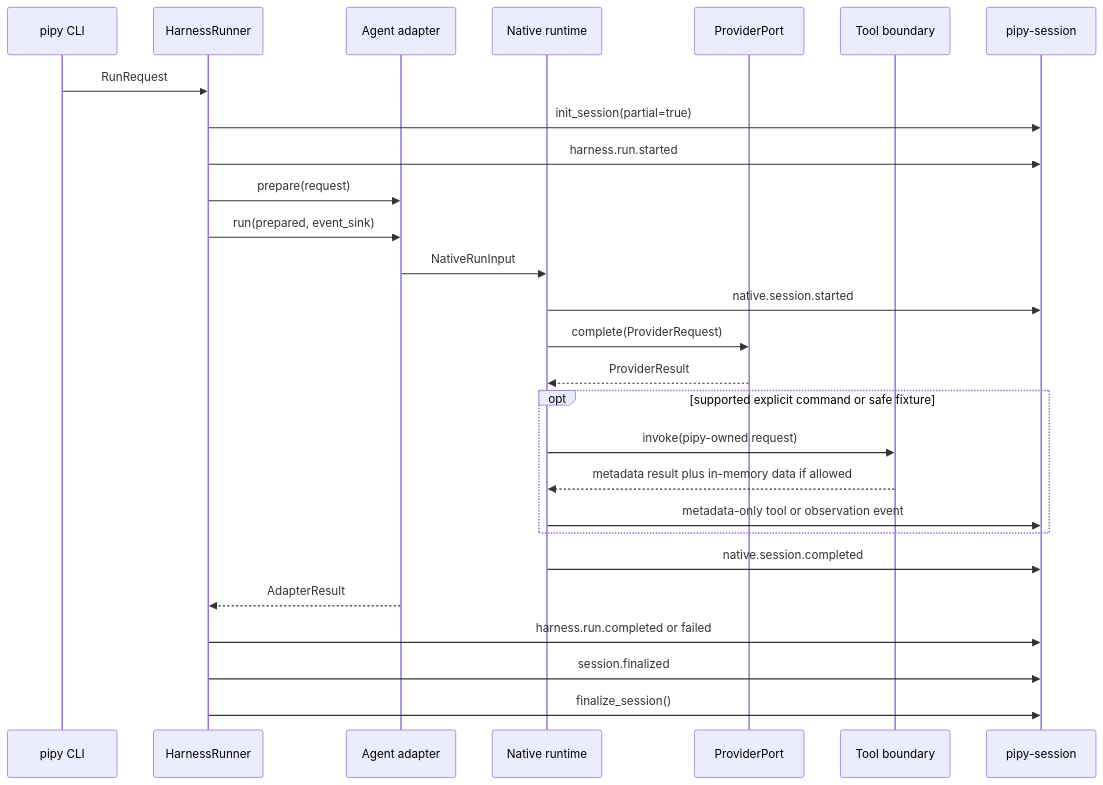
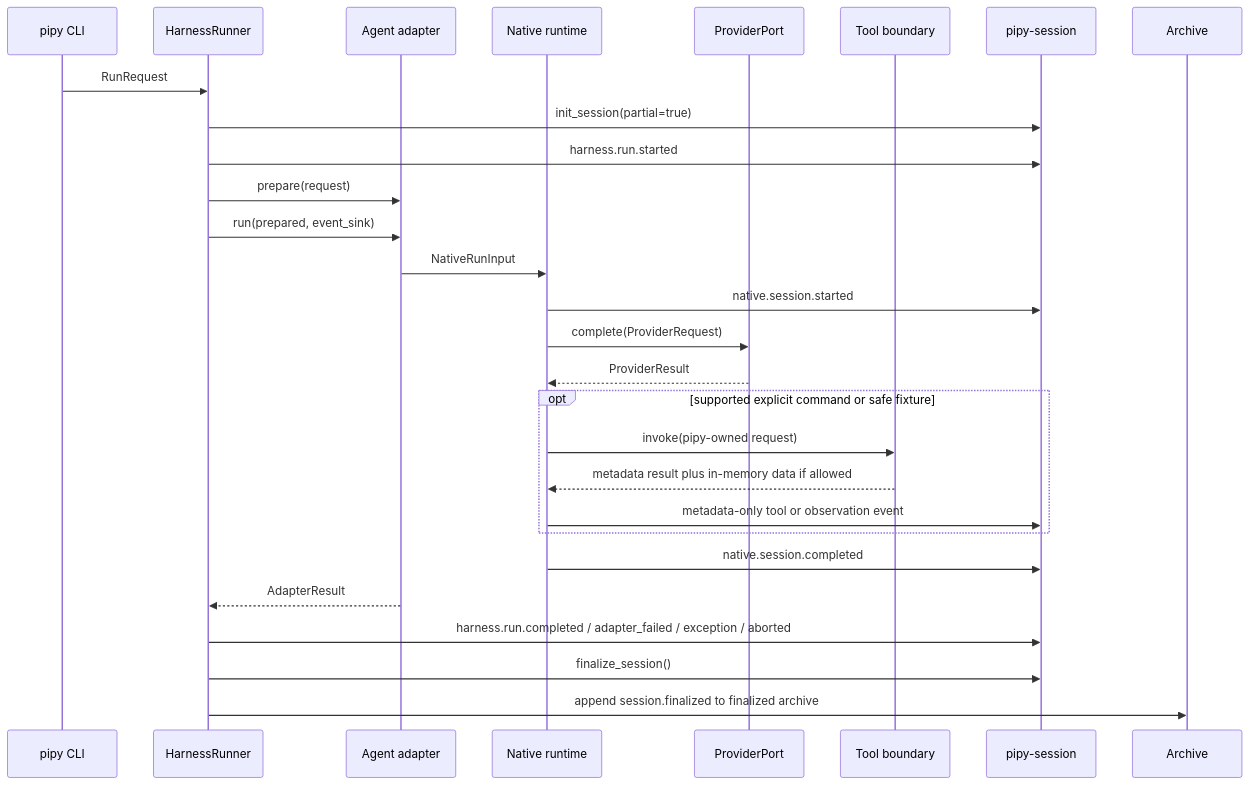
Before and after one commit to ephes/pipy: the second of 3 diagrams in docs/architecture.md, drawn with Mermaid. The commit also changed 25 other files, not shown here.

````diff
--- a/docs/architecture.md
+++ b/docs/architecture.md
@@ -57,30 +57,31 @@
 ```mermaid
 sequenceDiagram
   participant CLI as pipy CLI
   participant Runner as HarnessRunner
   participant Adapter as Agent adapter
   participant Runtime as Native runtime
   participant Provider as ProviderPort
   participant Tool as Tool boundary
   participant Recorder as pipy-session
+  participant Archive as Archive
 
   CLI->>Runner: RunRequest
   Runner->>Recorder: init_session(partial=true)
   Runner->>Recorder: harness.run.started
   Runner->>Adapter: prepare(request)
   Runner->>Adapter: run(prepared, event_sink)
   Adapter->>Runtime: NativeRunInput
   Runtime->>Recorder: native.session.started
   Runtime->>Provider: complete(ProviderRequest)
   Provider-->>Runtime: ProviderResult
   opt supported explicit command or safe fixture
     Runtime->>Tool: invoke(pipy-owned request)
     Tool-->>Runtime: metadata result plus in-memory data if allowed
     Runtime->>Recorder: metadata-only tool or observation event
   end
   Runtime->>Recorder: native.session.completed
   Adapter-->>Runner: AdapterResult
-  Runner->>Recorder: harness.run.completed or failed
-  Runner->>Recorder: session.finalized
+  Runner->>Recorder: harness.run.completed / adapter_failed / exception / aborted
   Runner->>Recorder: finalize_session()
+  Runner->>Archive: append session.finalized to finalized archive
 ```
````
